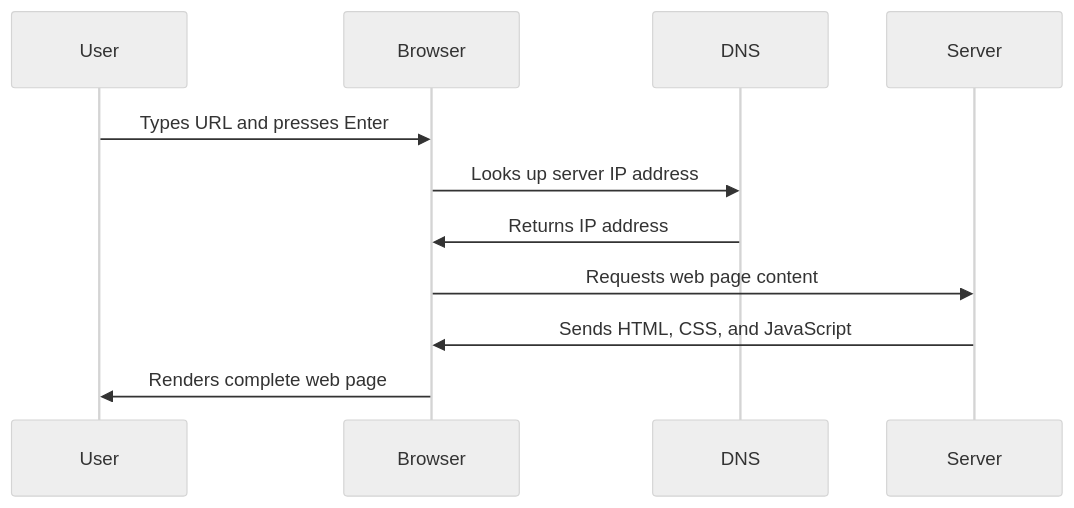
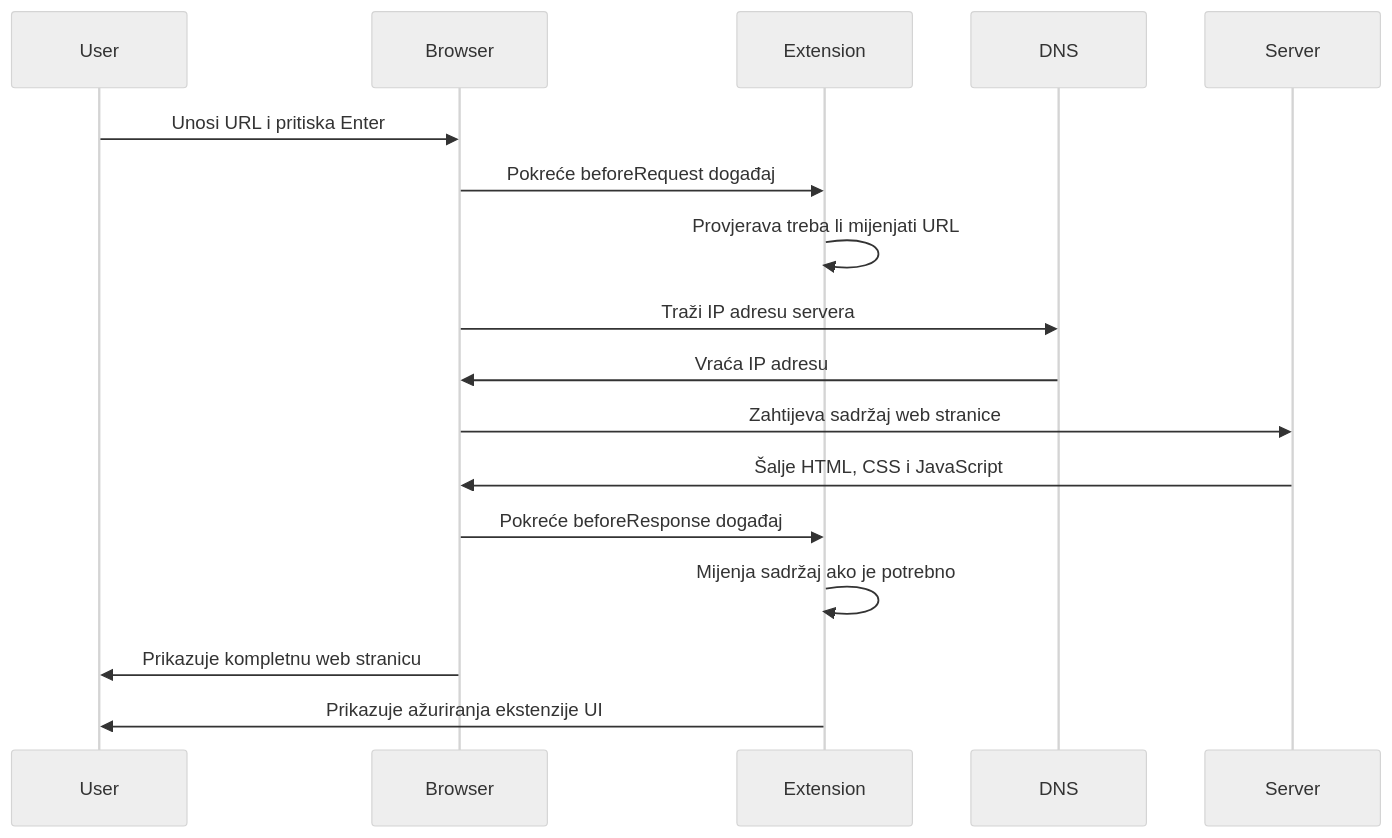
Before and after one commit to microsoft/Web-Dev-For-Beginners: the third of 6 diagrams in translations/hr/5-browser-extension/1-about-browsers/README.md, drawn with Mermaid (neutral theme). The commit also changed other lines of this file and 41 other files, not shown here.

````diff
--- a/translations/hr/5-browser-extension/1-about-browsers/README.md
+++ b/translations/hr/5-browser-extension/1-about-browsers/README.md
@@ -42,14 +87,20 @@
 ```mermaid
 sequenceDiagram
     participant User
     participant Browser
+    participant Extension
     participant DNS
     participant Server
     
-    User->>Browser: Types URL and presses Enter
-    Browser->>DNS: Looks up server IP address
-    DNS->>Browser: Returns IP address
-    Browser->>Server: Requests web page content
-    Server->>Browser: Sends HTML, CSS, and JavaScript
-    Browser->>User: Renders complete web page
+    User->>Browser: Unosi URL i pritiska Enter
+    Browser->>Extension: Pokreće beforeRequest događaj
+    Extension->>Extension: Provjerava treba li mijenjati URL
+    Browser->>DNS: Traži IP adresu servera
+    DNS->>Browser: Vraća IP adresu
+    Browser->>Server: Zahtijeva sadržaj web stranice
+    Server->>Browser: Šalje HTML, CSS i JavaScript
+    Browser->>Extension: Pokreće beforeResponse događaj
+    Extension->>Extension: Mijenja sadržaj ako je potrebno
+    Browser->>User: Prikazuje kompletnu web stranicu
+    Extension->>User: Prikazuje ažuriranja ekstenzije UI
 ```
````
